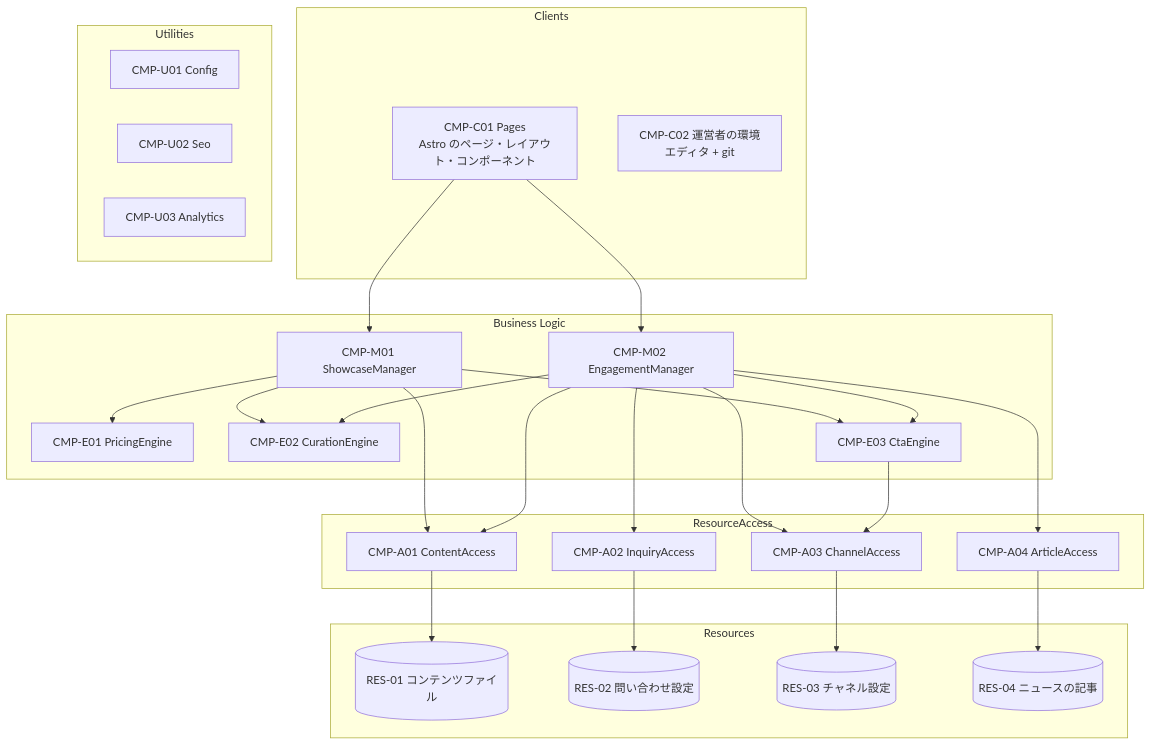
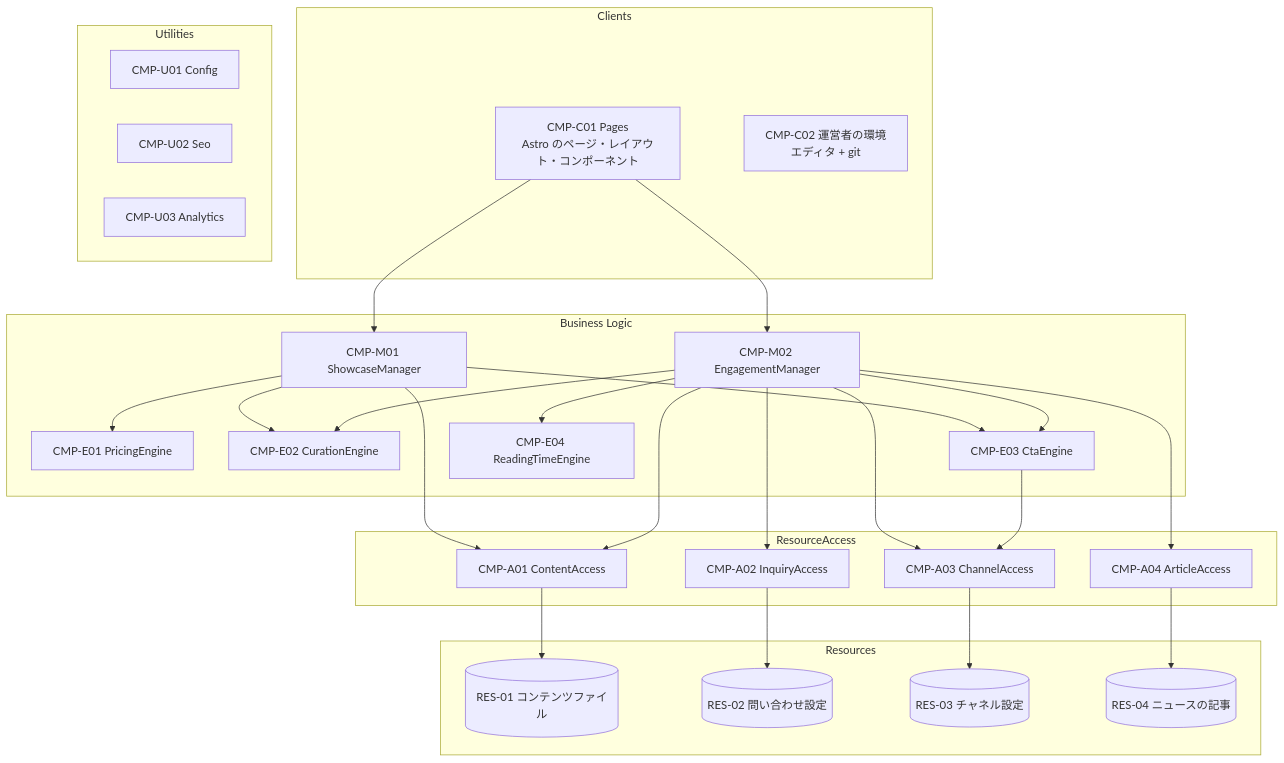
Before and after one commit to fukugyononuko/fukugyononuko.github.io: the second of 2 diagrams in docs/01_overview.md, drawn with Mermaid. The commit also changed other lines of this file and 9 other files, not shown here.

First line of the commit message:
Design the two-column article layout and reading time (#38)

````diff
--- a/docs/01_overview.md
+++ b/docs/01_overview.md
@@ -63,48 +64,50 @@
 ```mermaid
 flowchart TB
   subgraph CL["Clients"]
     C01["CMP-C01 Pages<br/>Astro のページ・レイアウト・コンポーネント"]
     C02["CMP-C02 運営者の環境<br/>エディタ + git"]
   end
   subgraph BL["Business Logic"]
     M01["CMP-M01 ShowcaseManager"]
     M02["CMP-M02 EngagementManager"]
     E01["CMP-E01 PricingEngine"]
     E02["CMP-E02 CurationEngine"]
     E03["CMP-E03 CtaEngine"]
+    E04["CMP-E04 ReadingTimeEngine"]
   end
   subgraph RA["ResourceAccess"]
     A01["CMP-A01 ContentAccess"]
     A02["CMP-A02 InquiryAccess"]
     A03["CMP-A03 ChannelAccess"]
     A04["CMP-A04 ArticleAccess"]
   end
   subgraph RS["Resources"]
     R01[("RES-01 コンテンツファイル")]
     R02[("RES-02 問い合わせ設定")]
     R03[("RES-03 チャネル設定")]
     R04[("RES-04 ニュースの記事")]
   end
   subgraph UT["Utilities"]
     U01["CMP-U01 Config"]
     U02["CMP-U02 Seo"]
     U03["CMP-U03 Analytics"]
   end
   C01 --> M01
   C01 --> M02
   M01 --> E01
   M01 --> E02
   M01 --> E03
   M02 --> E02
   M02 --> E03
+  M02 --> E04
   M01 --> A01
   M02 --> A02
   M02 --> A03
   M02 --> A04
   M02 --> A01
   E03 --> A03
   A01 --> R01
   A02 --> R02
   A03 --> R03
   A04 --> R04
 ```
````
